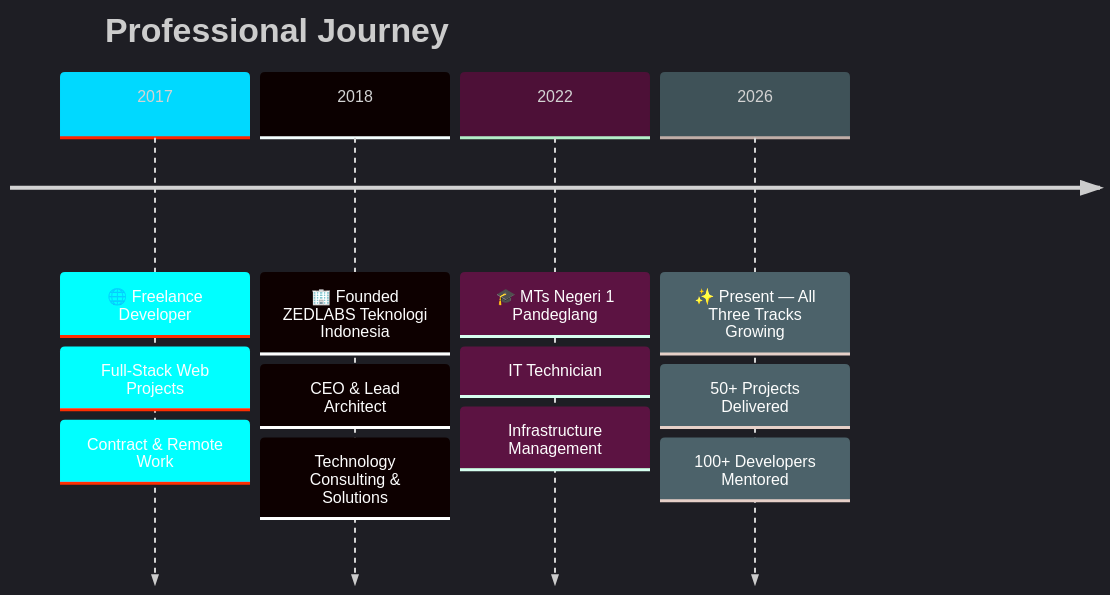
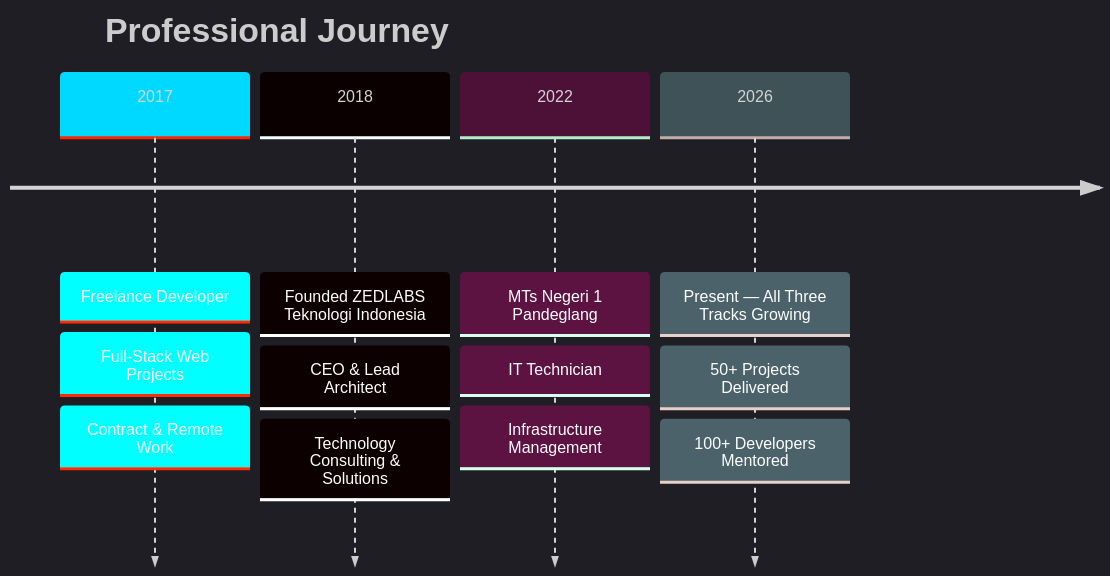
Before and after one commit to zulfikriyahya/zulfikriyahya: the diagram in README.mdx, drawn with Mermaid. The commit also changed other lines of this file, not shown here.

````diff
--- a/README.mdx
+++ b/README.mdx
@@ -62,17 +62,17 @@
 ```mermaid
 %%{init: {'theme':'dark', 'themeVariables': { 'primaryColor': '#00D9FF', 'primaryTextColor': '#fff', 'primaryBorderColor': '#7B44F6', 'lineColor': '#00DC82', 'secondaryColor': '#1a1a2e', 'tertiaryColor': '#16213e'}}}%%
 timeline
     title Professional Journey
-    2017 : 🌐 Freelance Developer
+    2017 : Freelance Developer
          : Full-Stack Web Projects
          : Contract & Remote Work
-    2018 : 🏢 Founded ZEDLABS Teknologi Indonesia
+    2018 : Founded ZEDLABS Teknologi Indonesia
          : CEO & Lead Architect
          : Technology Consulting & Solutions
-    2022 : 🎓 MTs Negeri 1 Pandeglang
+    2022 : MTs Negeri 1 Pandeglang
          : IT Technician
          : Infrastructure Management
-    2026 : ✨ Present — All Three Tracks Growing
+    2026 : Present — All Three Tracks Growing
          : 50+ Projects Delivered
          : 100+ Developers Mentored
 ```
````
